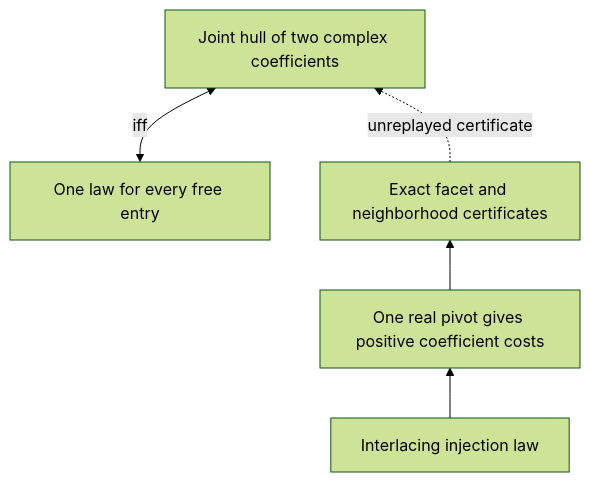
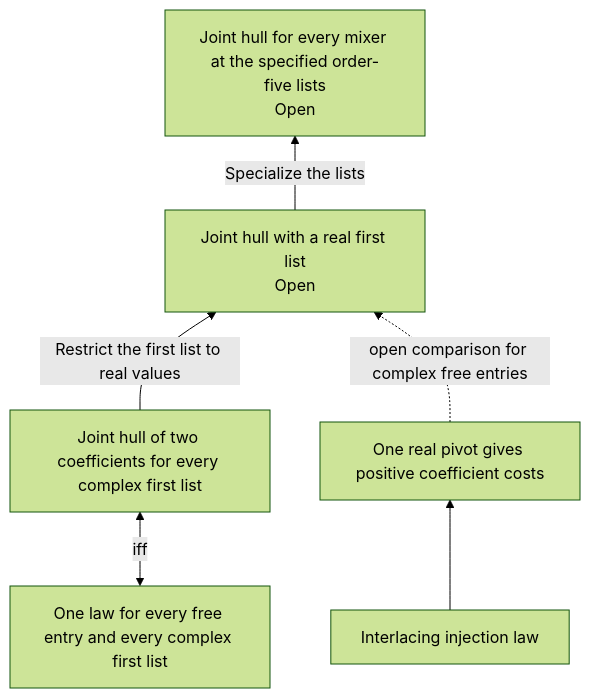
One commit to ascendnoosphere/MOC changed the first of 2 diagrams in Docs/free-eigenvalue-and-exterior-shifts-proof-map.md. Above: the diagram before and after it, drawn with Mermaid (forest theme). The commit also changed other lines of this file and 148 other files, not shown here.

```diff
--- a/Docs/free-eigenvalue-and-exterior-shifts-proof-map.md
+++ b/Docs/free-eigenvalue-and-exterior-shifts-proof-map.md
@@ -23,12 +19,14 @@
 ~~~mermaid
 flowchart BT
-    C["One law for every free entry"]
-    Y["Joint hull of two complex coefficients"]
+    C["One law for every free entry and every complex first list"]
+    Y["Joint hull of two coefficients for every complex first list"]
+    H["Joint hull with a real first list<br/>Open"]
     S["One real pivot gives positive coefficient costs"]
     I["Interlacing injection law"]
-    D["Exact facet and neighborhood certificates"]
+    D["Joint hull for every mixer at the specified order-five lists<br/>Open"]
     C <-->|iff| Y
     I --> S
-    S --> D
-    D -.->|unreplayed certificate| Y
+    Y -->|"Restrict the first list to real values"| H
+    S -.->|"open comparison for complex free entries"| H
+    H -->|"Specialize the lists"| D
 ~~~
```
